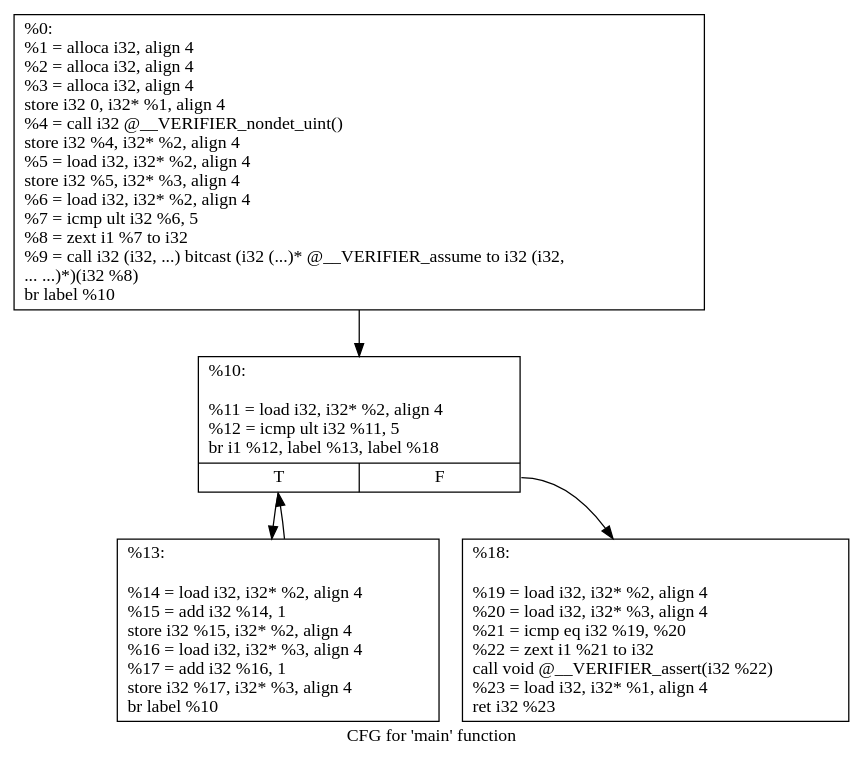
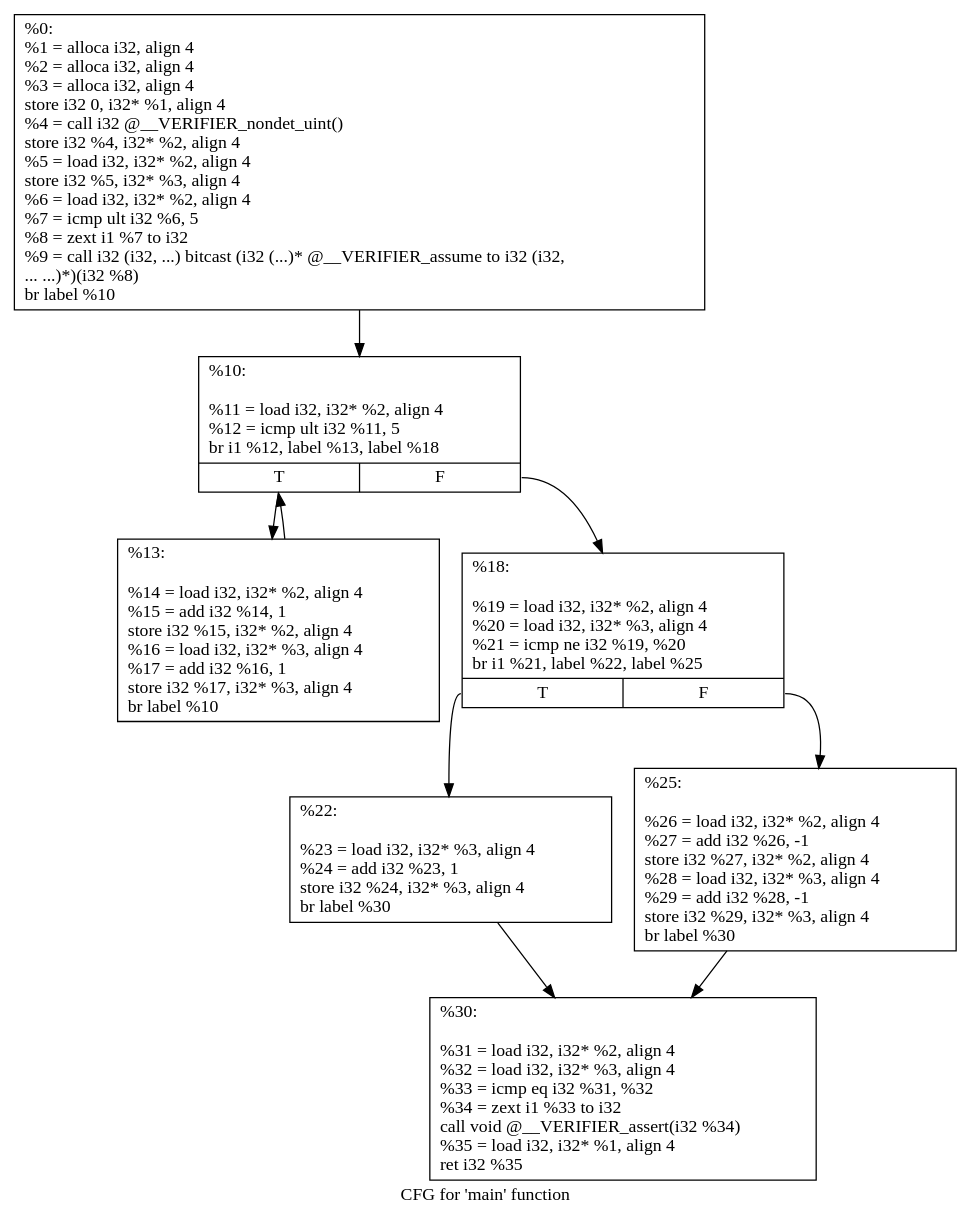
The diagram in playllvm/cfg.main.dot (hbgit/Map2Check), drawn with Graphviz before and after one commit. The commit also changed 18 other files, not shown here.

```diff
--- a/playllvm/cfg.main.dot
+++ b/playllvm/cfg.main.dot
@@ -1,12 +1,19 @@
 digraph "CFG for 'main' function" {
 	label="CFG for 'main' function";
 
-	Node0x564bb801bc20 [shape=record,label="{%0:\l  %1 = alloca i32, align 4\l  %2 = alloca i32, align 4\l  %3 = alloca i32, align 4\l  store i32 0, i32* %1, align 4\l  %4 = call i32 @__VERIFIER_nondet_uint()\l  store i32 %4, i32* %2, align 4\l  %5 = load i32, i32* %2, align 4\l  store i32 %5, i32* %3, align 4\l  %6 = load i32, i32* %2, align 4\l  %7 = icmp ult i32 %6, 5\l  %8 = zext i1 %7 to i32\l  %9 = call i32 (i32, ...) bitcast (i32 (...)* @__VERIFIER_assume to i32 (i32,\l... ...)*)(i32 %8)\l  br label %10\l}"];
-	Node0x564bb801bc20 -> Node0x564bb801c7c0;
-	Node0x564bb801c7c0 [shape=record,label="{%10:\l\l  %11 = load i32, i32* %2, align 4\l  %12 = icmp ult i32 %11, 5\l  br i1 %12, label %13, label %18\l|{<s0>T|<s1>F}}"];
-	Node0x564bb801c7c0:s0 -> Node0x564bb801c990;
-	Node0x564bb801c7c0:s1 -> Node0x564bb801c9e0;
-	Node0x564bb801c990 [shape=record,label="{%13:\l\l  %14 = load i32, i32* %2, align 4\l  %15 = add i32 %14, 1\l  store i32 %15, i32* %2, align 4\l  %16 = load i32, i32* %3, align 4\l  %17 = add i32 %16, 1\l  store i32 %17, i32* %3, align 4\l  br label %10\l}"];
-	Node0x564bb801c990 -> Node0x564bb801c7c0;
-	Node0x564bb801c9e0 [shape=record,label="{%18:\l\l  %19 = load i32, i32* %2, align 4\l  %20 = load i32, i32* %3, align 4\l  %21 = icmp eq i32 %19, %20\l  %22 = zext i1 %21 to i32\l  call void @__VERIFIER_assert(i32 %22)\l  %23 = load i32, i32* %1, align 4\l  ret i32 %23\l}"];
+	Node0x565419329ea0 [shape=record,label="{%0:\l  %1 = alloca i32, align 4\l  %2 = alloca i32, align 4\l  %3 = alloca i32, align 4\l  store i32 0, i32* %1, align 4\l  %4 = call i32 @__VERIFIER_nondet_uint()\l  store i32 %4, i32* %2, align 4\l  %5 = load i32, i32* %2, align 4\l  store i32 %5, i32* %3, align 4\l  %6 = load i32, i32* %2, align 4\l  %7 = icmp ult i32 %6, 5\l  %8 = zext i1 %7 to i32\l  %9 = call i32 (i32, ...) bitcast (i32 (...)* @__VERIFIER_assume to i32 (i32,\l... ...)*)(i32 %8)\l  br label %10\l}"];
+	Node0x565419329ea0 -> Node0x56541932aa40;
+	Node0x56541932aa40 [shape=record,label="{%10:\l\l  %11 = load i32, i32* %2, align 4\l  %12 = icmp ult i32 %11, 5\l  br i1 %12, label %13, label %18\l|{<s0>T|<s1>F}}"];
+	Node0x56541932aa40:s0 -> Node0x56541932ac10;
+	Node0x56541932aa40:s1 -> Node0x56541932ac60;
+	Node0x56541932ac10 [shape=record,label="{%13:\l\l  %14 = load i32, i32* %2, align 4\l  %15 = add i32 %14, 1\l  store i32 %15, i32* %2, align 4\l  %16 = load i32, i32* %3, align 4\l  %17 = add i32 %16, 1\l  store i32 %17, i32* %3, align 4\l  br label %10\l}"];
+	Node0x56541932ac10 -> Node0x56541932aa40;
+	Node0x56541932ac60 [shape=record,label="{%18:\l\l  %19 = load i32, i32* %2, align 4\l  %20 = load i32, i32* %3, align 4\l  %21 = icmp ne i32 %19, %20\l  br i1 %21, label %22, label %25\l|{<s0>T|<s1>F}}"];
+	Node0x56541932ac60:s0 -> Node0x56541932b270;
+	Node0x56541932ac60:s1 -> Node0x56541932b2c0;
+	Node0x56541932b270 [shape=record,label="{%22:\l\l  %23 = load i32, i32* %3, align 4\l  %24 = add i32 %23, 1\l  store i32 %24, i32* %3, align 4\l  br label %30\l}"];
+	Node0x56541932b270 -> Node0x56541932b500;
+	Node0x56541932b2c0 [shape=record,label="{%25:\l\l  %26 = load i32, i32* %2, align 4\l  %27 = add i32 %26, -1\l  store i32 %27, i32* %2, align 4\l  %28 = load i32, i32* %3, align 4\l  %29 = add i32 %28, -1\l  store i32 %29, i32* %3, align 4\l  br label %30\l}"];
+	Node0x56541932b2c0 -> Node0x56541932b500;
+	Node0x56541932b500 [shape=record,label="{%30:\l\l  %31 = load i32, i32* %2, align 4\l  %32 = load i32, i32* %3, align 4\l  %33 = icmp eq i32 %31, %32\l  %34 = zext i1 %33 to i32\l  call void @__VERIFIER_assert(i32 %34)\l  %35 = load i32, i32* %1, align 4\l  ret i32 %35\l}"];
 }
```
